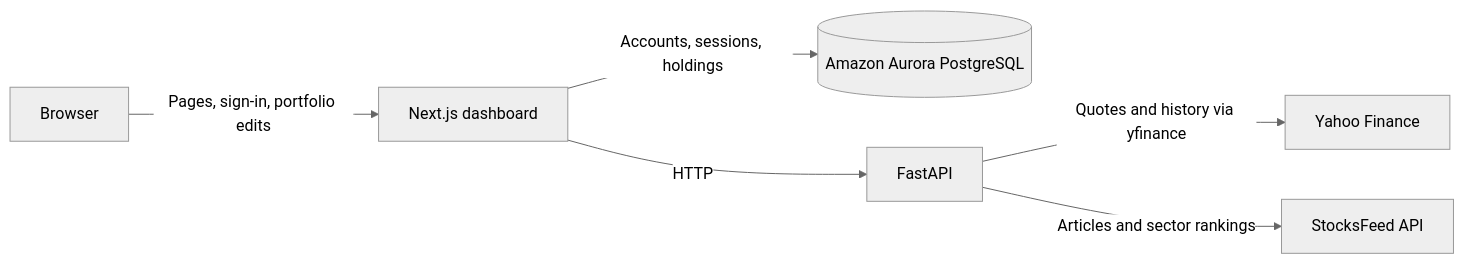
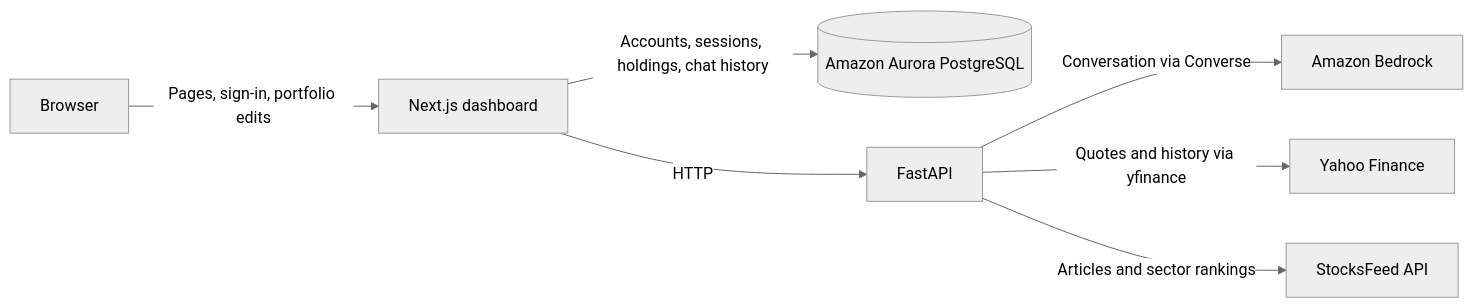
The diagram in ARCHITECTURE.md (tarteeg/datathon-polyfinance), drawn with Mermaid (neutral theme) before and after one commit. The commit also changed other lines of this file and 25 other files, not shown here.

Commit message:
feat: add threaded finance chat with Bedrock stock and news lookups

````diff
--- a/ARCHITECTURE.md
+++ b/ARCHITECTURE.md
@@ -5,8 +5,9 @@
 ```mermaid
 flowchart LR
     Browser -->|Pages, sign-in, portfolio edits| Next["Next.js dashboard"]
-    Next -->|Accounts, sessions, holdings| DB[("Amazon Aurora PostgreSQL")]
+    Next -->|Accounts, sessions, holdings, chat history| DB[("Amazon Aurora PostgreSQL")]
+    API -->|Conversation via Converse| Bedrock["Amazon Bedrock"]
     Next -->|HTTP| API["FastAPI"]
     API -->|Quotes and history via yfinance| Yahoo["Yahoo Finance"]
     API -->|Articles and sector rankings| Feed["StocksFeed API"]
 ```
````
